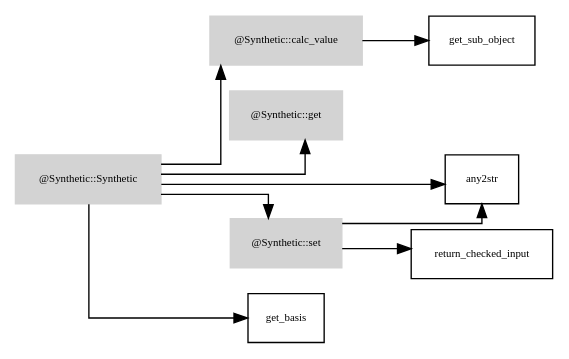
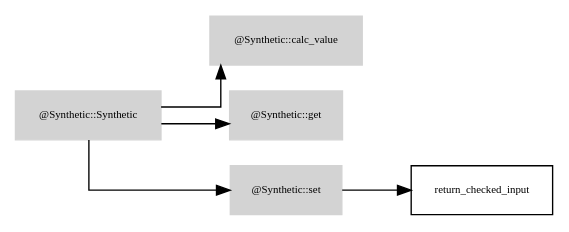
The diagram in graphviz_files/Synthetic.dot (octarisk/documentation), drawn with Graphviz before and after one commit. The commit also changed 50 other files, not shown here.

Commit message:
* introduction of graphviz files for all classes and class function dependencies

```diff
--- a/graphviz_files/Synthetic.dot
+++ b/graphviz_files/Synthetic.dot
@@ -1,28 +1,24 @@
 digraph G {
 	fontname = "Bitstream Vera Sans"
 	fontsize = 8
 	node [
 		fontname = "Bitstream Vera Sans"
 		fontsize = 8
 		shape = "record"
 	]
 	edge [
 		fontname = "Bitstream Vera Sans"
 		fontsize = 8
 	]
 	graph [splines=ortho];
 	rankdir=LR;
 	subgraph class_Synthetic {
 		style=filled;
 		node [style=filled,color=lightgrey];
 		"@Synthetic::Synthetic" -> "@Synthetic::calc_value"
 		"@Synthetic::Synthetic" -> "@Synthetic::get"
 		"@Synthetic::Synthetic" -> "@Synthetic::set"
 		label = "@Synthetic";
 	}
-"@Synthetic::Synthetic" 	 -> 	 "any2str"
-"@Synthetic::Synthetic" 	 -> 	 "get_basis"
-"@Synthetic::calc_value" 	 -> 	 "get_sub_object"
-"@Synthetic::set" 	 -> 	 "any2str"
 "@Synthetic::set" 	 -> 	 "return_checked_input"
 }
```
